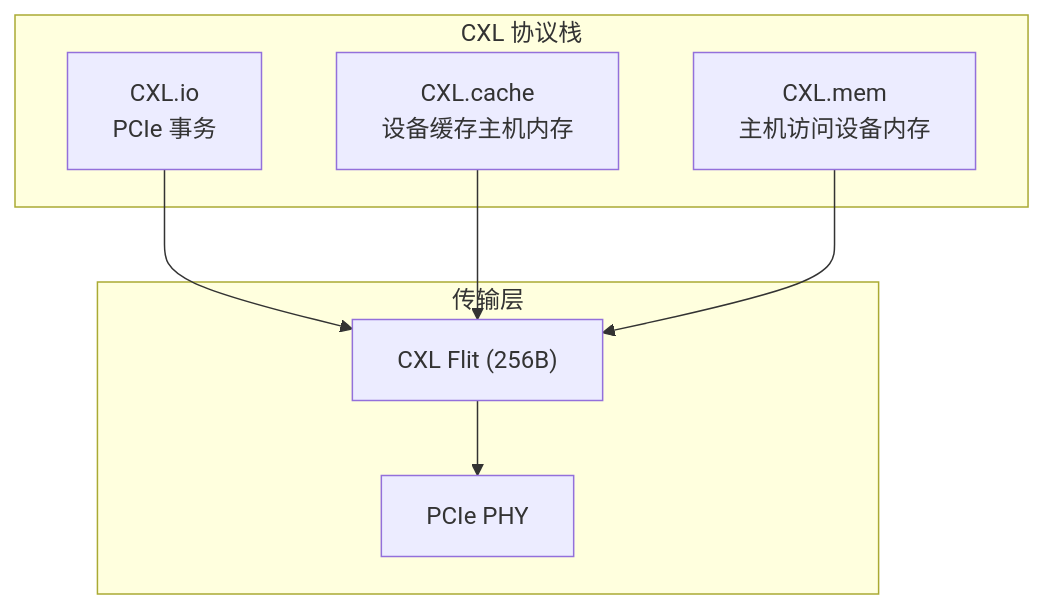
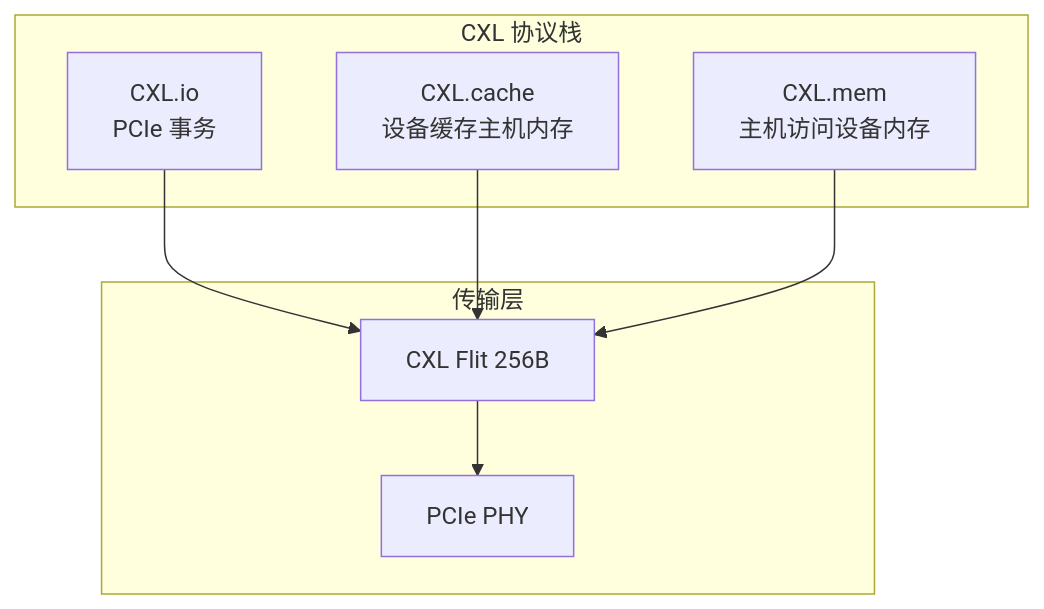
The third of 17 diagrams in content/articles/networking/net-26-CXL与新型内存互联技术.md (jpixy/jpixy.github.io), drawn with Mermaid before and after one commit. The commit also changed other lines of this file and 66 other files, not shown here.

Commit message:
fix: resolve Mermaid syntax errors by removing parentheses in node labels

````diff
--- a/content/articles/networking/net-26-CXL与新型内存互联技术.md
+++ b/content/articles/networking/net-26-CXL与新型内存互联技术.md
@@ -73,15 +73,15 @@
 ```mermaid
 graph TB
     subgraph "CXL 协议栈"
         A["CXL.io<br/>PCIe 事务"]
         B["CXL.cache<br/>设备缓存主机内存"]
         C["CXL.mem<br/>主机访问设备内存"]
     end
     
     subgraph "传输层"
-        D["CXL Flit (256B)"]
+        D["CXL Flit 256B"]
         E["PCIe PHY"]
     end
     
     A & B & C --> D --> E
 ```
````
